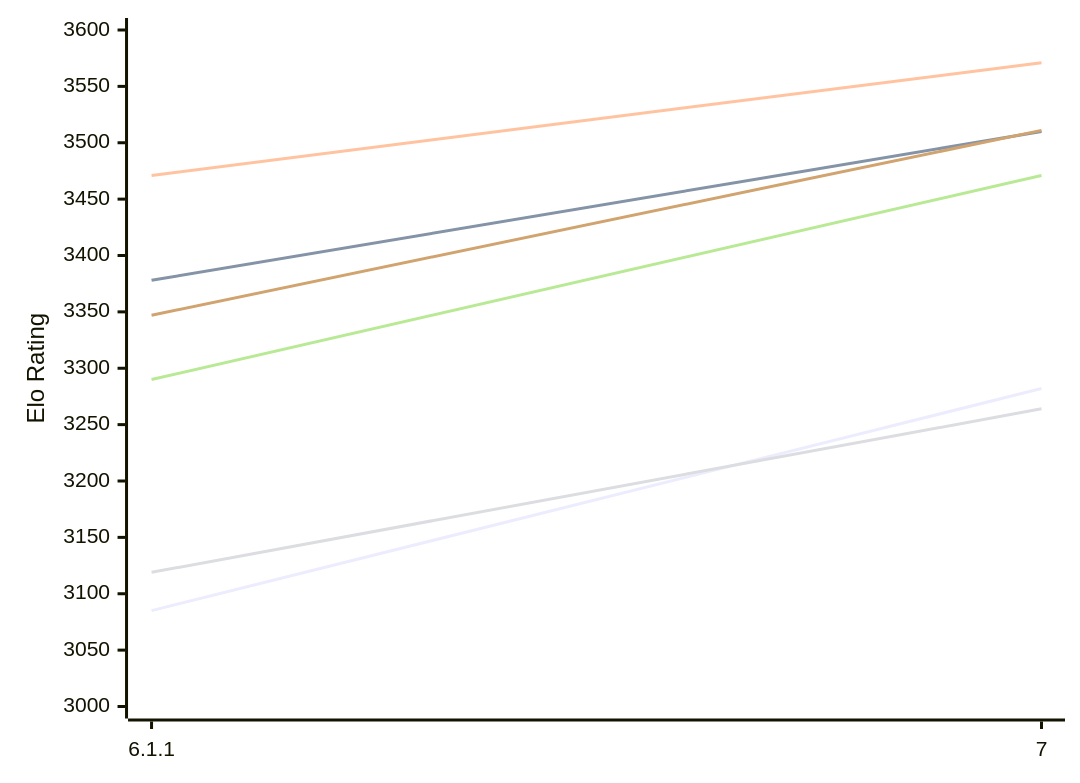
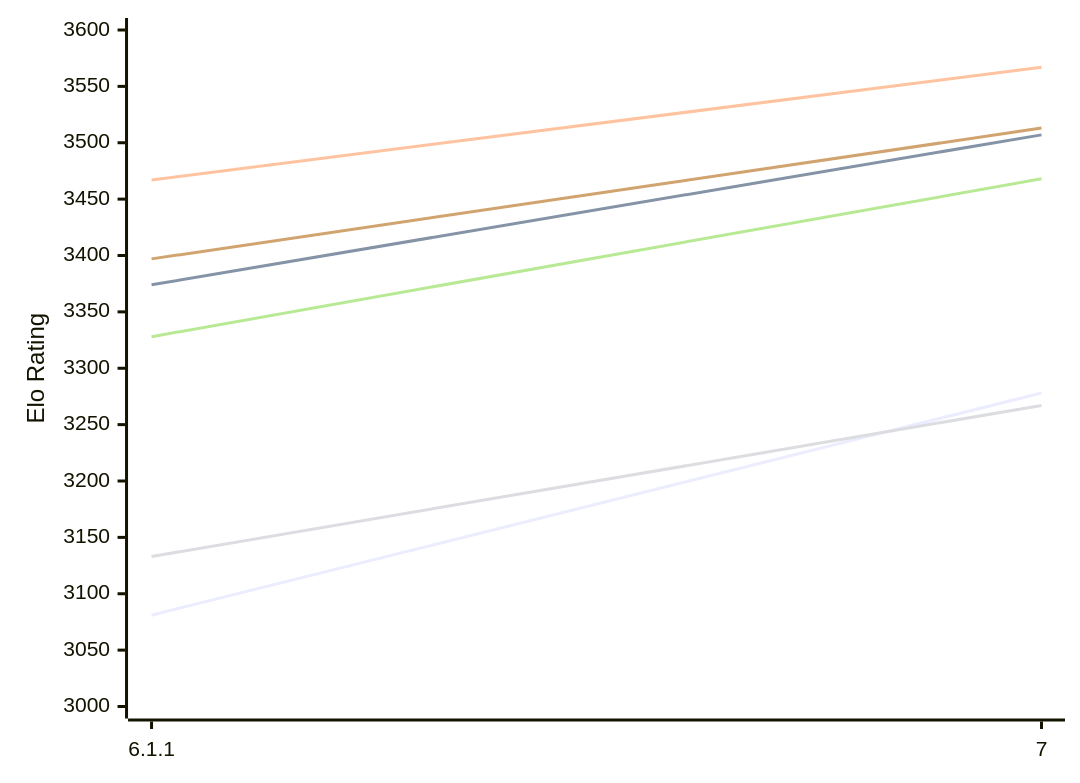
The first of 2 diagrams in engines/Zangdar.md (computer-chess-index/cci), drawn with Mermaid before and after one commit. The commit also changed other lines of this file, not shown here.

Commit message:
Update CCI Ratings (ELO VLTC) - 2026-11-21

````diff
--- a/engines/Zangdar.md
+++ b/engines/Zangdar.md
@@ -53,12 +53,12 @@
 ```mermaid
 %%{init: {"theme":"base","themeVariables":{"seriesColors:['#a3a3a3','#222221','#faa371']}}}%%
 xychart-beta
   x-axis ["6.1.1", "7"]
   y-axis "Elo Rating" 3000 --> 3600
-  line "E1: STC (8.0+0.08s)" [3085, 3282]
-  line "E1: LTC (60.0+0.60s)" [3378, 3510]
-  line "E1: VLTC (2m24s+1.12s)" [3471, 3571]
-  line "P1: STC (8.0+0.08s)" [3119, 3264]
-  line "P1: LTC (60.0+0.60s)" [3290, 3471]
-  line "P1: VLTC (2m24s+1.12s)" [3347, 3511]
+  line "E1: STC (8.0+0.08s)" [3081, 3278]
+  line "E1: LTC (60.0+0.60s)" [3374, 3507]
+  line "E1: VLTC (2m24s+1.12s)" [3467, 3567]
+  line "P1: STC (8.0+0.08s)" [3133, 3267]
+  line "P1: LTC (60.0+0.60s)" [3328, 3468]
+  line "P1: VLTC (2m24s+1.12s)" [3397, 3513]
 ```
````
